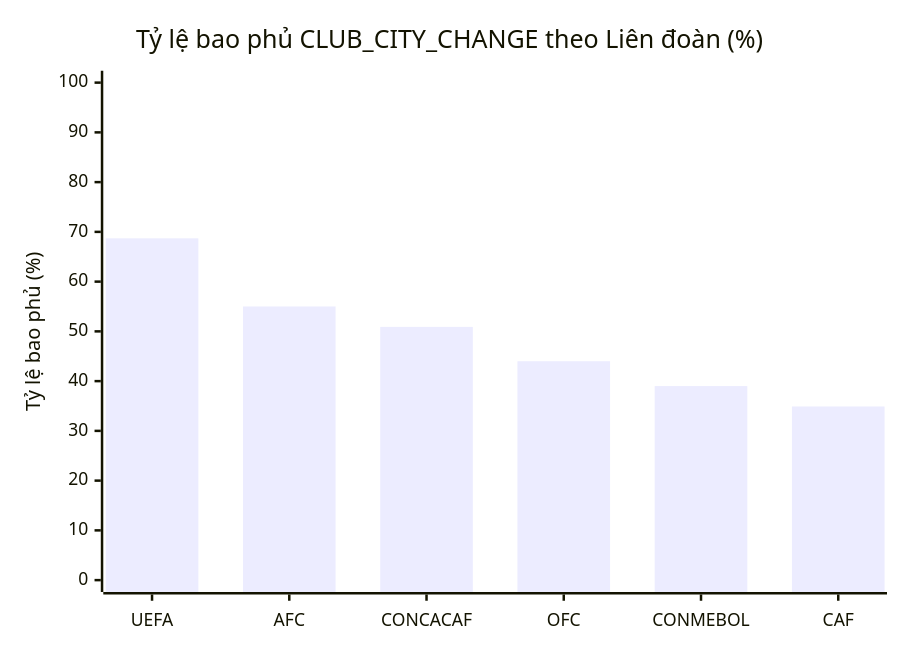
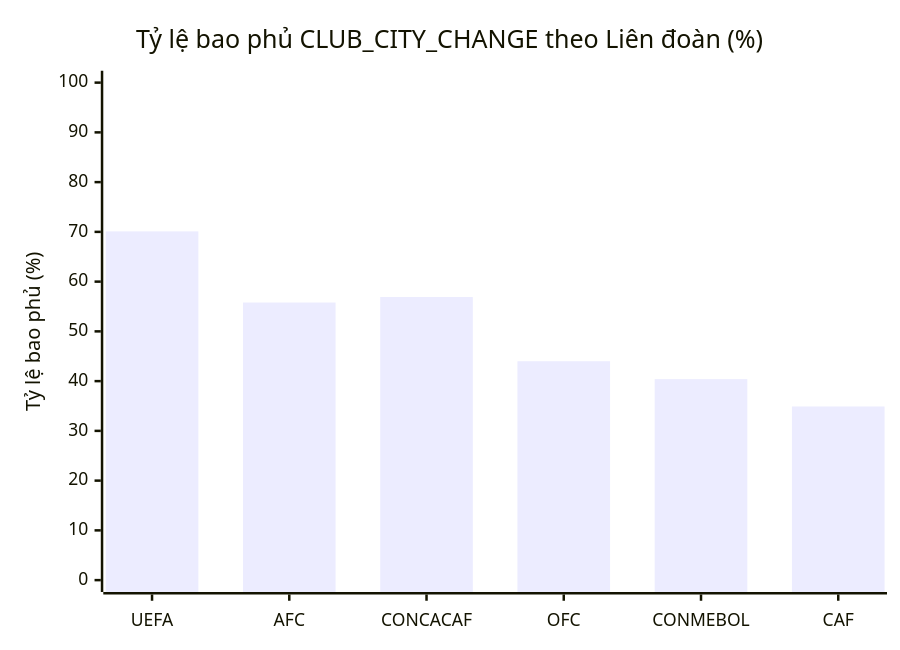
Before and after one commit to ddthumonky88/fm24-lnc: the diagram in CHECKLIST.md, drawn with Mermaid. The commit also changed other lines of this file and 2 other files, not shown here.

````diff
--- a/CHECKLIST.md
+++ b/CHECKLIST.md
@@ -14,7 +14,7 @@
 ```mermaid
 xychart-beta
     title "Tỷ lệ bao phủ CLUB_CITY_CHANGE theo Liên đoàn (%)"
     x-axis ["UEFA", "AFC", "CONCACAF", "OFC", "CONMEBOL", "CAF"]
     y-axis "Tỷ lệ bao phủ (%)" 0 --> 100
-    bar [68.7, 55.0, 50.9, 44.0, 39.0, 34.9]
+    bar [70.1, 55.8, 56.9, 44.0, 40.4, 34.9]
 ```
````
